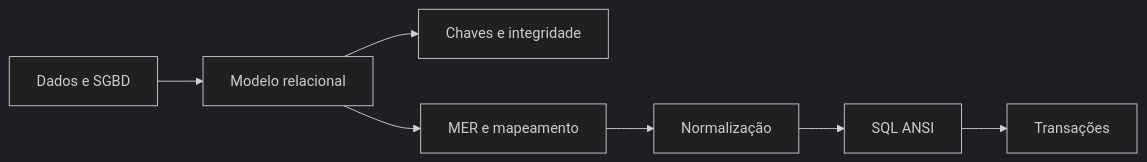
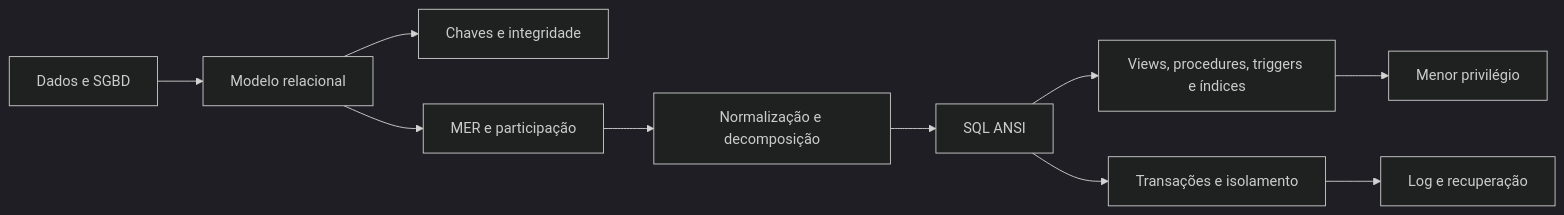
One commit to Hedward1/Concursos changed the third of 5 diagrams in Analista de sistemas/semana_01/semana_01_estudo.md. Above: the diagram before and after it, drawn with Mermaid (dark theme). The commit also changed other lines of this file and 5 other files, not shown here.

````diff
--- a/Analista de sistemas/semana_01/semana_01_estudo.md
+++ b/Analista de sistemas/semana_01/semana_01_estudo.md
@@ -1907,9 +2019,12 @@
 ```mermaid
 flowchart LR
   DADOS[Dados e SGBD] --> REL[Modelo relacional]
   REL --> CH[Chaves e integridade]
-  REL --> MER[MER e mapeamento]
-  MER --> NORM[Normalização]
+  REL --> MER[MER e participação]
+  MER --> NORM[Normalização e decomposição]
   NORM --> SQL[SQL ANSI]
-  SQL --> TX[Transações]
+  SQL --> OBJ[Views, procedures, triggers e índices]
+  SQL --> TX[Transações e isolamento]
+  TX --> LOG[Log e recuperação]
+  OBJ --> SEG[Menor privilégio]
 ```
````
